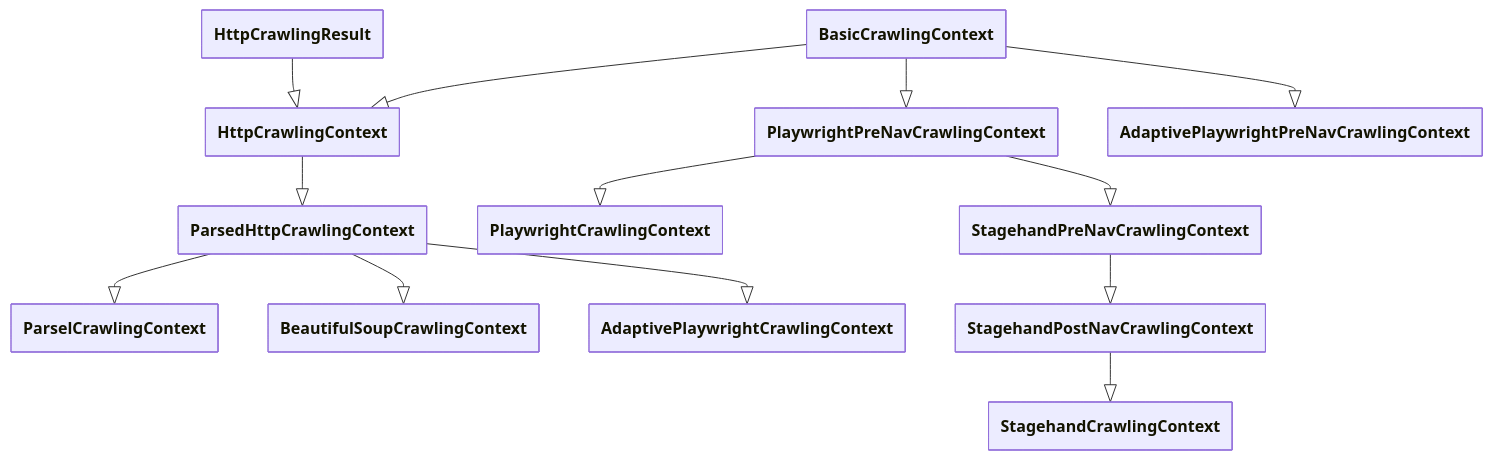
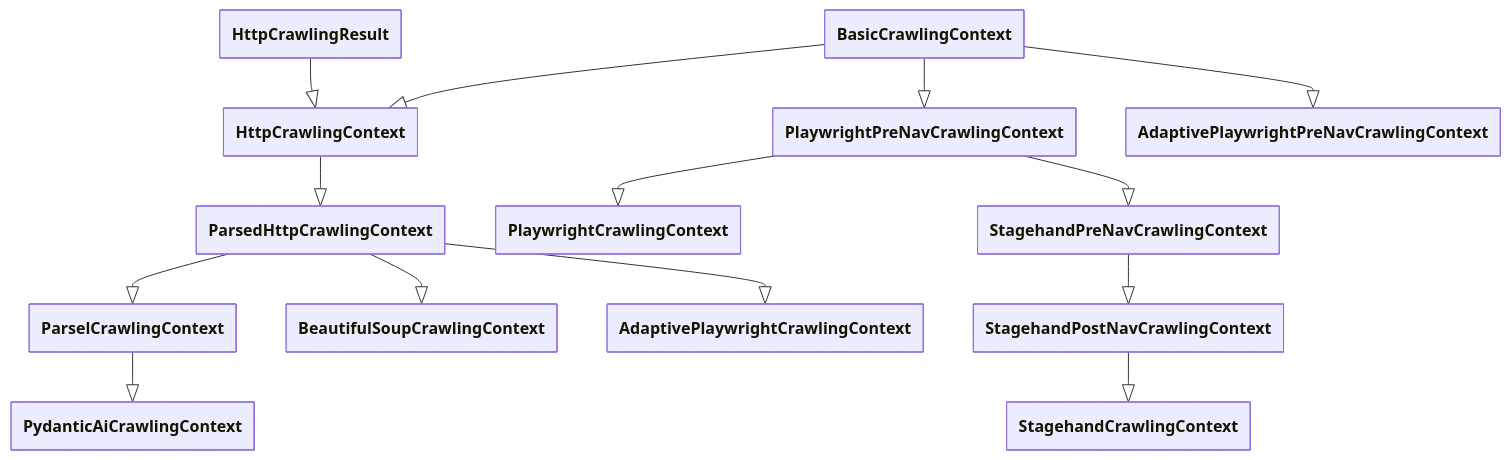
Before and after one commit to apify/crawlee-python: the second of 5 diagrams in docs/guides/architecture_overview.mdx, drawn with Mermaid. The commit also changed other lines of this file and 27 other files, not shown here.

````diff
--- a/docs/guides/architecture_overview.mdx
+++ b/docs/guides/architecture_overview.mdx
@@ -98,67 +102,71 @@
 ```mermaid
 ---
 config:
     class:
         hideEmptyMembersBox: true
 ---
 
 classDiagram
 
 %% ========================
 %% Classes
 %% ========================
 
 class BasicCrawlingContext
 
 class HttpCrawlingContext
 
 class HttpCrawlingResult
 
 class ParsedHttpCrawlingContext
 
 class ParselCrawlingContext
 
 class BeautifulSoupCrawlingContext
+
+class PydanticAiCrawlingContext
 
 class PlaywrightPreNavCrawlingContext
 
 class PlaywrightCrawlingContext
 
 class AdaptivePlaywrightPreNavCrawlingContext
 
 class AdaptivePlaywrightCrawlingContext
 
 class StagehandPreNavCrawlingContext
 
 class StagehandPostNavCrawlingContext
 
 class StagehandCrawlingContext
 
 %% ========================
 %% Inheritance arrows
 %% ========================
 
 BasicCrawlingContext --|> HttpCrawlingContext
 
 HttpCrawlingResult --|> HttpCrawlingContext
 
 HttpCrawlingContext --|> ParsedHttpCrawlingContext
 
 ParsedHttpCrawlingContext --|> ParselCrawlingContext
 
 ParsedHttpCrawlingContext --|> BeautifulSoupCrawlingContext
 
+ParselCrawlingContext --|> PydanticAiCrawlingContext
+
 BasicCrawlingContext --|> PlaywrightPreNavCrawlingContext
 
 PlaywrightPreNavCrawlingContext --|> PlaywrightCrawlingContext
 
 BasicCrawlingContext --|> AdaptivePlaywrightPreNavCrawlingContext
 
 ParsedHttpCrawlingContext --|> AdaptivePlaywrightCrawlingContext
 
 PlaywrightPreNavCrawlingContext --|> StagehandPreNavCrawlingContext
 
 StagehandPreNavCrawlingContext --|> StagehandPostNavCrawlingContext
 
 StagehandPostNavCrawlingContext --|> StagehandCrawlingContext
 ```
````
